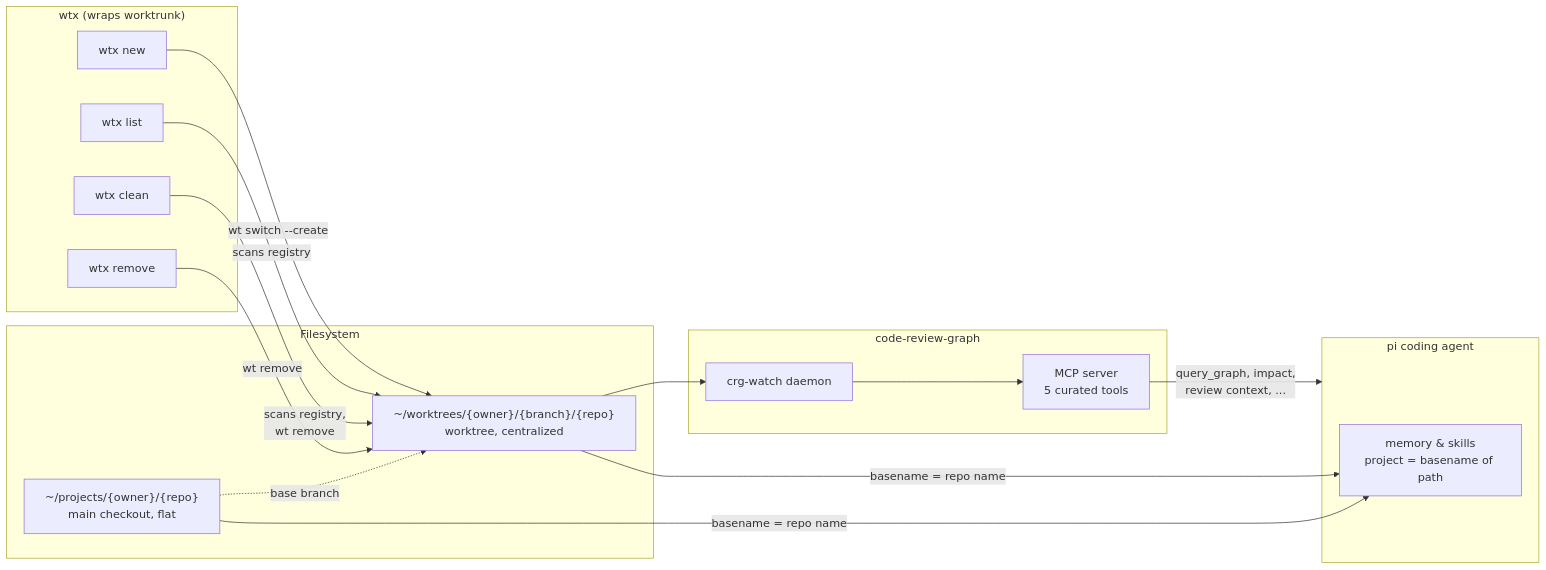
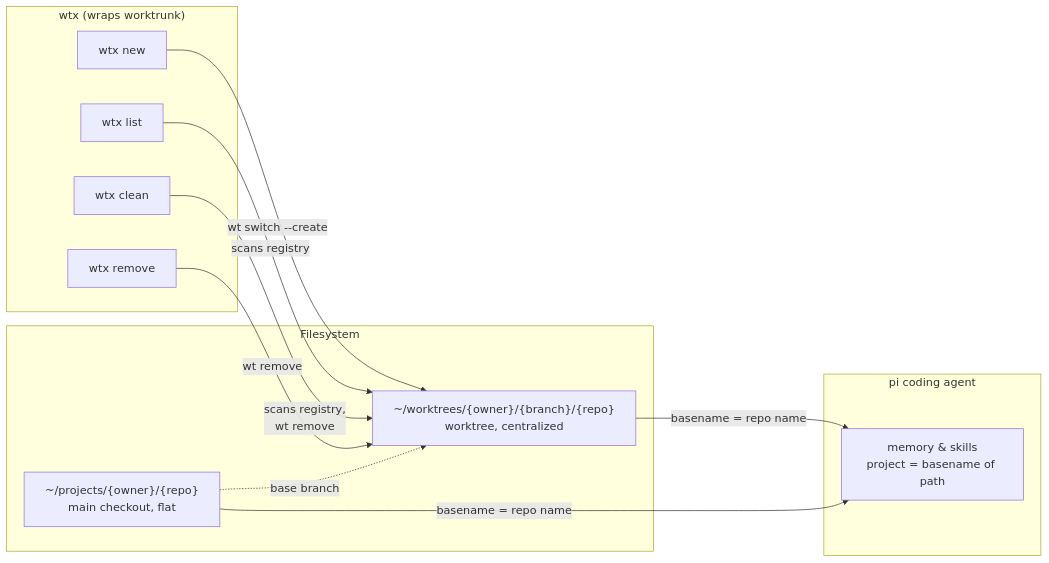
The first of 3 diagrams in docs/dev-setup-overview.md (luiul/dotfiles), drawn with Mermaid before and after one commit. The commit also changed other lines of this file and 3 other files, not shown here.

First line of the commit message:
chore: remove code-review-graph integration

````diff
--- a/docs/dev-setup-overview.md
+++ b/docs/dev-setup-overview.md
@@ -30,34 +28,26 @@
 ```mermaid
 flowchart LR
   subgraph Storage["Filesystem"]
     A["~/projects/{owner}/{repo}<br/>main checkout, flat"]
     B["~/worktrees/{owner}/{branch}/{repo}<br/>worktree, centralized"]
   end
 
   subgraph WT["wtx (wraps worktrunk)"]
     N["wtx new"]
     L["wtx list"]
     C["wtx clean"]
     R["wtx remove"]
   end
 
-  subgraph CRG["code-review-graph"]
-    D[crg-watch daemon]
-    M["MCP server<br/>5 curated tools"]
-  end
-
   subgraph PI["pi coding agent"]
     PM["memory & skills<br/>project = basename of path"]
   end
 
   N -->|"wt switch --create"| B
   A -.->|"base branch"| B
-  B --> D
-  D --> M
-  M -->|"query_graph, impact,<br/>review context, ..."| PI
   B -->|"basename = repo name"| PM
   A -->|"basename = repo name"| PM
   L -->|"scans registry"| B
   C -->|"scans registry,<br/>wt remove"| B
   R -->|"wt remove"| B
 ```
````
